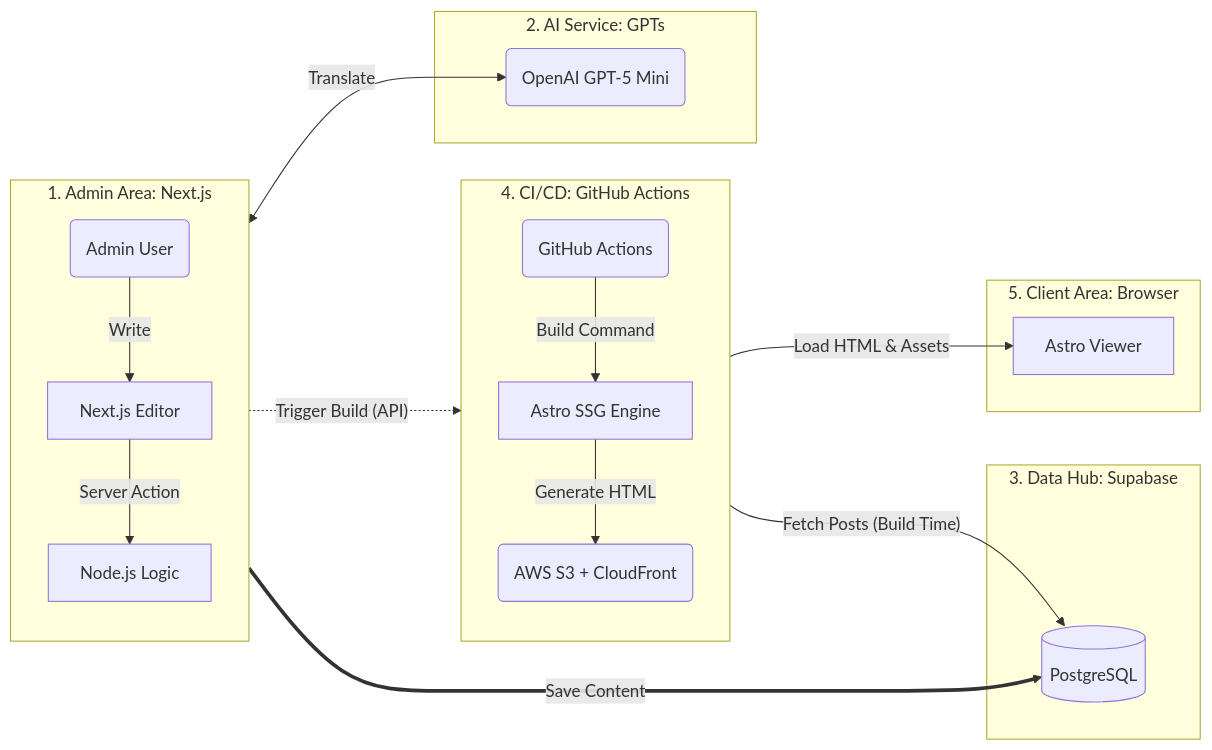
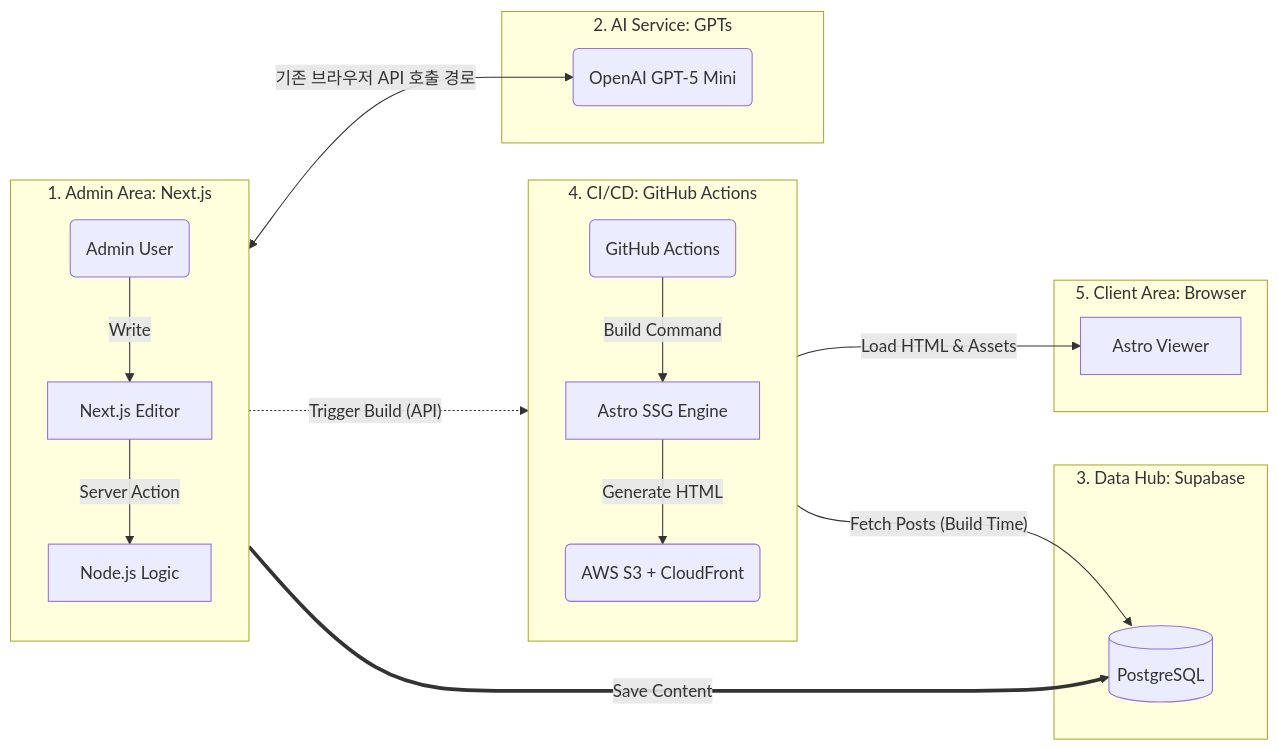
Before and after one commit to semnil5202/eunminlog: the diagram in docs/architecture.md, drawn with Mermaid. The commit also changed other lines of this file and 21 other files, not shown here.

````diff
--- a/docs/architecture.md
+++ b/docs/architecture.md
@@ -5,42 +5,42 @@
 ```mermaid
 graph LR
     %% 1. 관리자 영역 (Admin & Logic)
     subgraph Group_Admin [1. Admin Area: Next.js]
         direction TB
         Admin(Admin User) -->|Write| Editor[Next.js Editor]
         Editor -->|Server Action| Logic[Node.js Logic]
     end
 
     %% 2. AI 서비스
     subgraph Group_AI [2. AI Service: GPTs]
-        Logic <-->|Translate| OpenAI(OpenAI GPT-5 Mini)
+        Editor <-->|기존 브라우저 API 호출 경로| OpenAI(OpenAI GPT-5 Mini)
     end
 
     %% 3. 데이터베이스 (Content Store)
     subgraph Group_DB [3. Data Hub: Supabase]
         DB[(PostgreSQL)]
     end
 
     %% 4. 배포 파이프라인 (Build System)
     subgraph Group_DevOps [4. CI/CD: GitHub Actions]
         direction TB
         GHA(GitHub Actions) -->|Build Command| AstroBuilder[Astro SSG Engine]
         AstroBuilder -->|Generate HTML| CF(AWS S3 + CloudFront)
     end
 
     %% 5. 사용자 영역 (User Actor 제외 / 뷰어 유지)
     subgraph Group_Client [5. Client Area: Browser]
         CF -->|Load HTML & Assets| Browser[Astro Viewer]
     end
 
     %% --- Critical Flows (데이터 및 트리거 흐름) ---
 
     %% A. 콘텐츠 저장 흐름
     Logic == "Save Content" ==> DB
 
     %% B. 빌드 트리거 흐름 (Webhook)
     Logic -.->|"Trigger Build (API)"| GHA
 
     %% C. 빌드 시 콘텐츠 조회 (SSG)
     AstroBuilder -- "Fetch Posts (Build Time)" --> DB
 ```
````
